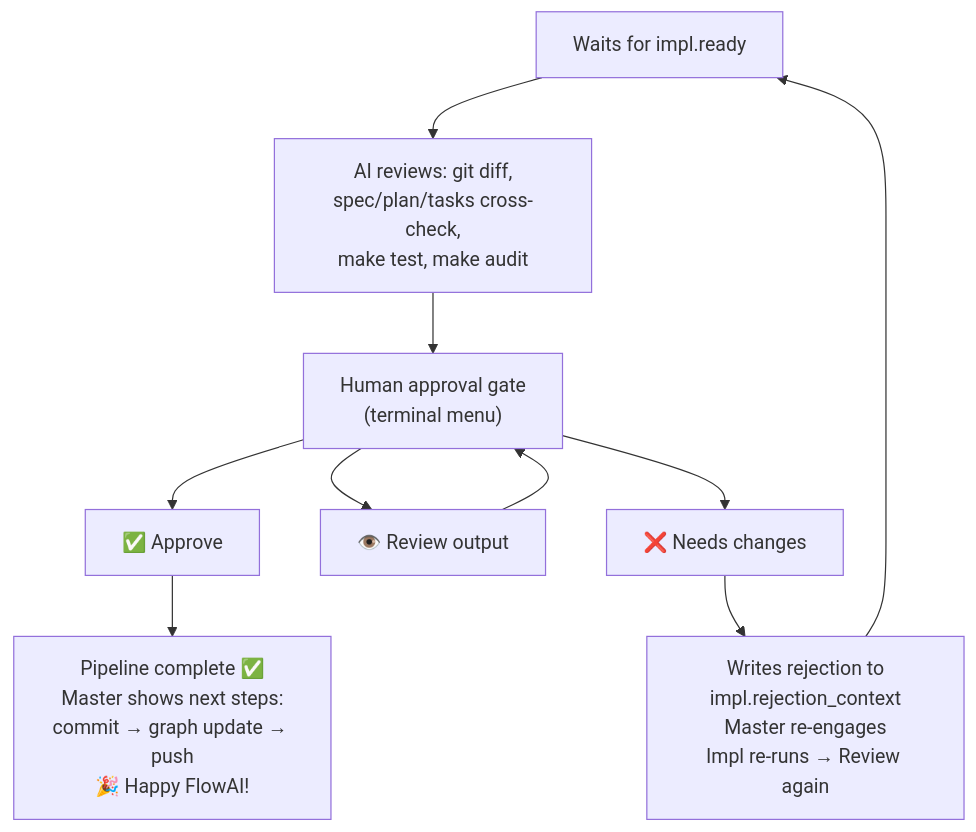
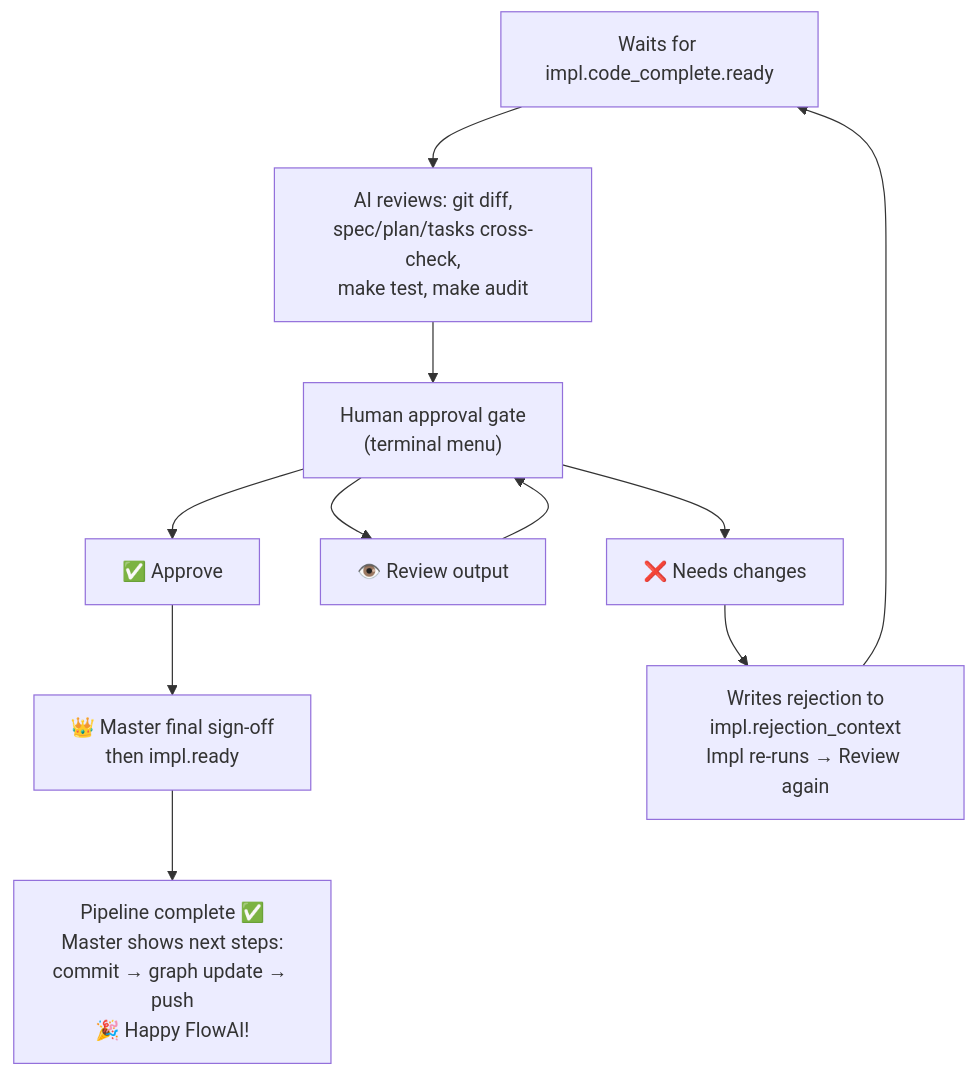
The sixth of 7 diagrams in docs/AGENT-COMMUNICATION.md (weprodev/FlowAI), drawn with Mermaid before and after one commit. The commit also changed other lines of this file and 23 other files, not shown here.

````diff
--- a/docs/AGENT-COMMUNICATION.md
+++ b/docs/AGENT-COMMUNICATION.md
@@ -288,18 +321,20 @@
 ```mermaid
 flowchart TD
-    Wait["Waits for impl.ready"]
+    Wait["Waits for impl.code_complete.ready"]
     AI["AI reviews: git diff,<br/>spec/plan/tasks cross-check,<br/>make test, make audit"]
     Gate["Human approval gate<br/>(terminal menu)"]
 
     Approve["✅ Approve"]
     Review["👁️ Review output"]
     Reject["❌ Needs changes"]
 
+    MasterFinal["👑 Master final sign-off<br/>then impl.ready"]
     Complete["Pipeline complete ✅<br/>Master shows next steps:<br/>commit → graph update → push<br/>🎉 Happy FlowAI!"]
-    Cycle["Writes rejection to<br/>impl.rejection_context<br/>Master re-engages<br/>Impl re-runs → Review again"]
+    Cycle["Writes rejection to<br/>impl.rejection_context<br/>Impl re-runs → Review again"]
 
     Wait --> AI --> Gate
-    Gate --> Approve --> Complete
+    Gate --> Approve --> MasterFinal
+    MasterFinal --> Complete
     Gate --> Review --> Gate
     Gate --> Reject --> Cycle --> Wait
 ```
````
